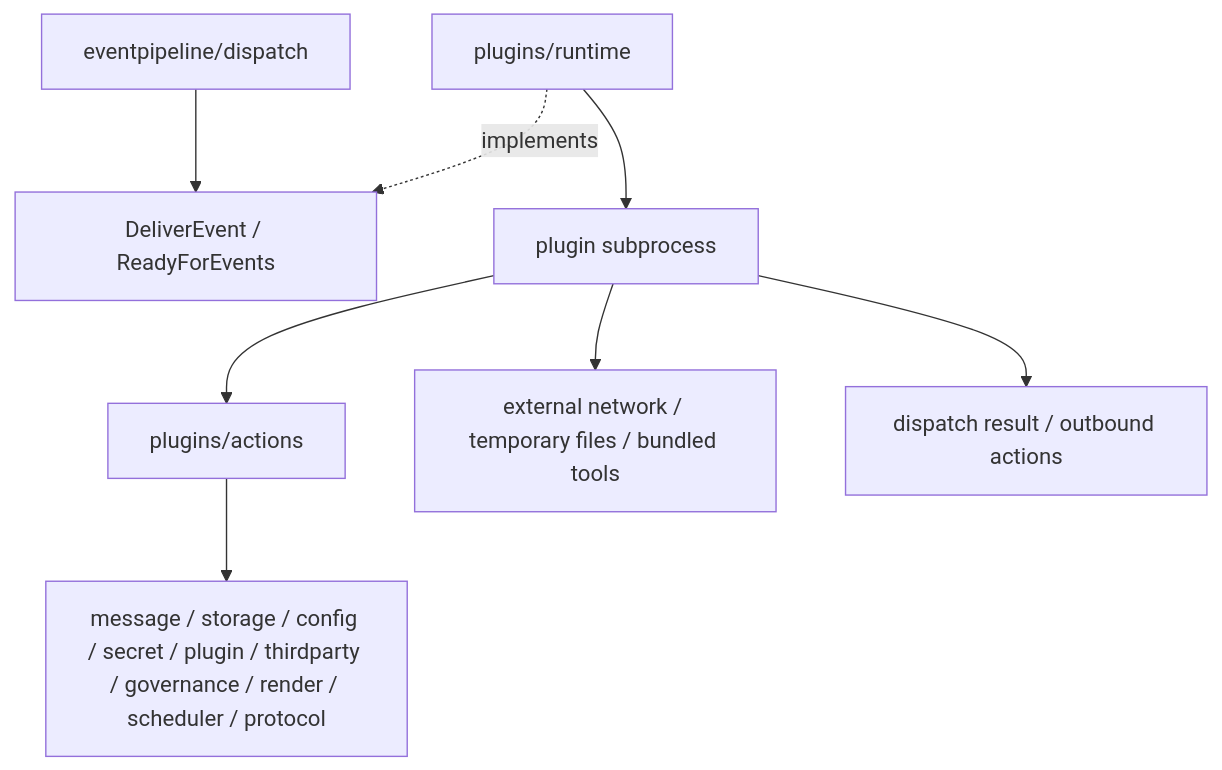
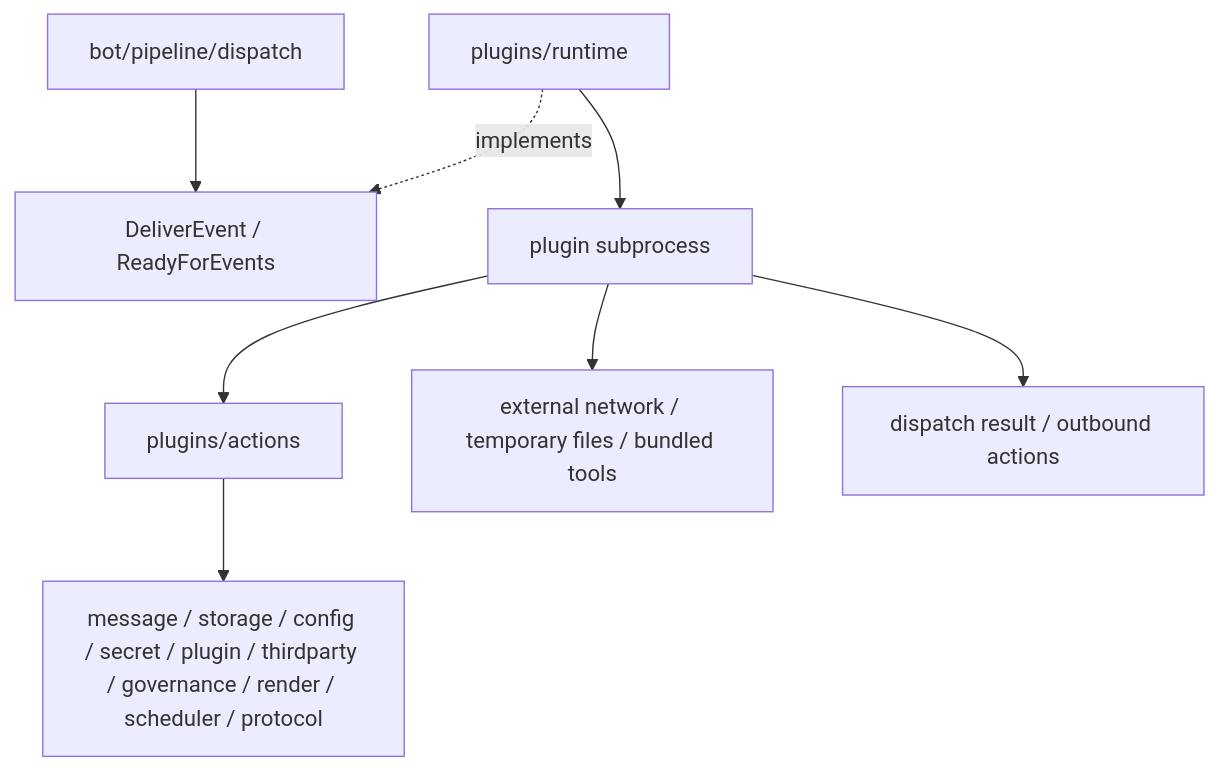
One commit to RayleaBot/RayleaBot changed the second of 2 diagrams in docs/architecture/plugin-runtime.md. Above: the diagram before and after it, drawn with Mermaid. The commit also changed 26 other files, not shown here.

````diff
--- a/docs/architecture/plugin-runtime.md
+++ b/docs/architecture/plugin-runtime.md
@@ -50,10 +50,10 @@
 ```mermaid
 flowchart TD
-  dispatcher["eventpipeline/dispatch"] --> delivery["DeliverEvent / ReadyForEvents"]
+  dispatcher["bot/pipeline/dispatch"] --> delivery["DeliverEvent / ReadyForEvents"]
   runtime["plugins/runtime"] -. implements .-> delivery
   runtime --> plugin["plugin subprocess"]
   plugin --> localaction["plugins/actions"]
   localaction --> service["message / storage / config / secret / plugin / thirdparty / governance / render / scheduler / protocol"]
   plugin --> ownwork["external network / temporary files / bundled tools"]
   plugin --> result["dispatch result / outbound actions"]
 ```
````
